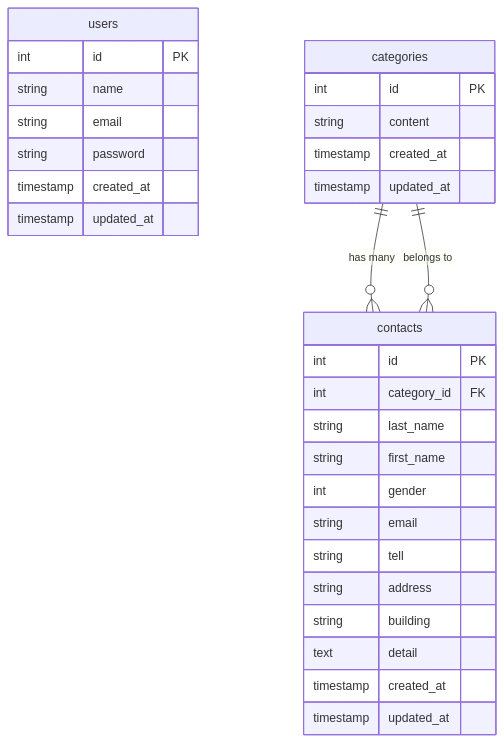
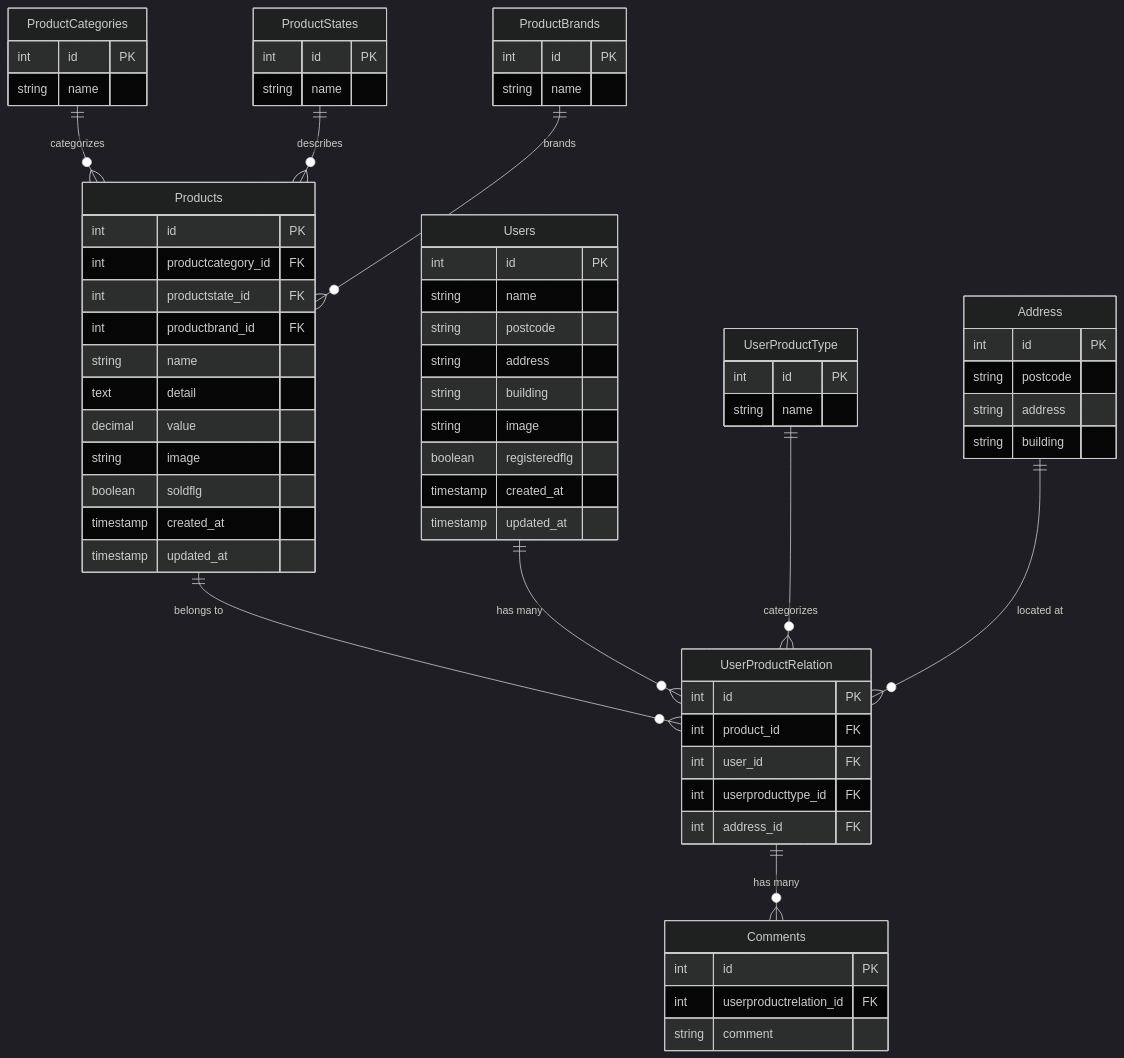
The diagram in README.md (yusuke-yano-01/FleaMarketApp), drawn with Mermaid before and after one commit. The commit also changed other lines of this file and 17 other files, not shown here.

````diff
--- a/README.md
+++ b/README.md
@@ -112,36 +112,87 @@
 ```mermaid
+---
+config:
+  theme: dark
+  look: classic
+  layout: dagre
+---
 erDiagram
-    users {
+    Users {
         int id PK
         string name
-        string email
-        string password
+        string postcode
+        string address
+        string building
+        string image
+        boolean registeredflg
         timestamp created_at
         timestamp updated_at
     }
 
-    categories {
+    Products {
         int id PK
-        string content
+        int productcategory_id FK
+        int productstate_id FK
+        int productbrand_id FK
+        string name
+        text detail
+        decimal value
+        string image
+        boolean soldflg
         timestamp created_at
         timestamp updated_at
     }
 
-    contacts {
+    ProductCategories {
         int id PK
-        int category_id FK
-        string last_name
-        string first_name
-        int gender
-        string email
-        string tell
+        string name
+    }
+
+    ProductStates {
+        int id PK
+        string name
+    }
+
+    ProductBrands {
+        int id PK
+        string name
+    }
+
+    UserProductRelation {
+        int id PK
+        int product_id FK
+        int user_id FK
+        int userproducttype_id FK
+        int address_id FK
+    }
+
+    UserProductType {
+        int id PK
+        string name
+    }
+
+    Address {
+        int id PK
+        string postcode
         string address
         string building
-        text detail
-        timestamp created_at
-        timestamp updated_at
     }
 
-    categories ||--o{ contacts : "has many"
-    contacts }o--|| categories : "belongs to"
+    Comments {
+        int id PK
+        int userproductrelation_id FK
+        string comment
+    }
+
+    %% リレーションシップ
+    UserProductRelation ||--o{ Comments : "has many"
+
+    Products ||--o{ UserProductRelation : "belongs to"
+    Users ||--o{ UserProductRelation : "has many"
+    UserProductType ||--o{ UserProductRelation : "categorizes"
+    Address ||--o{ UserProductRelation : "located at"
+
+    ProductCategories ||--o{ Products : "categorizes"
+    ProductStates ||--o{ Products : "describes"
+    ProductBrands ||--o{ Products : "brands"
 ```
````
